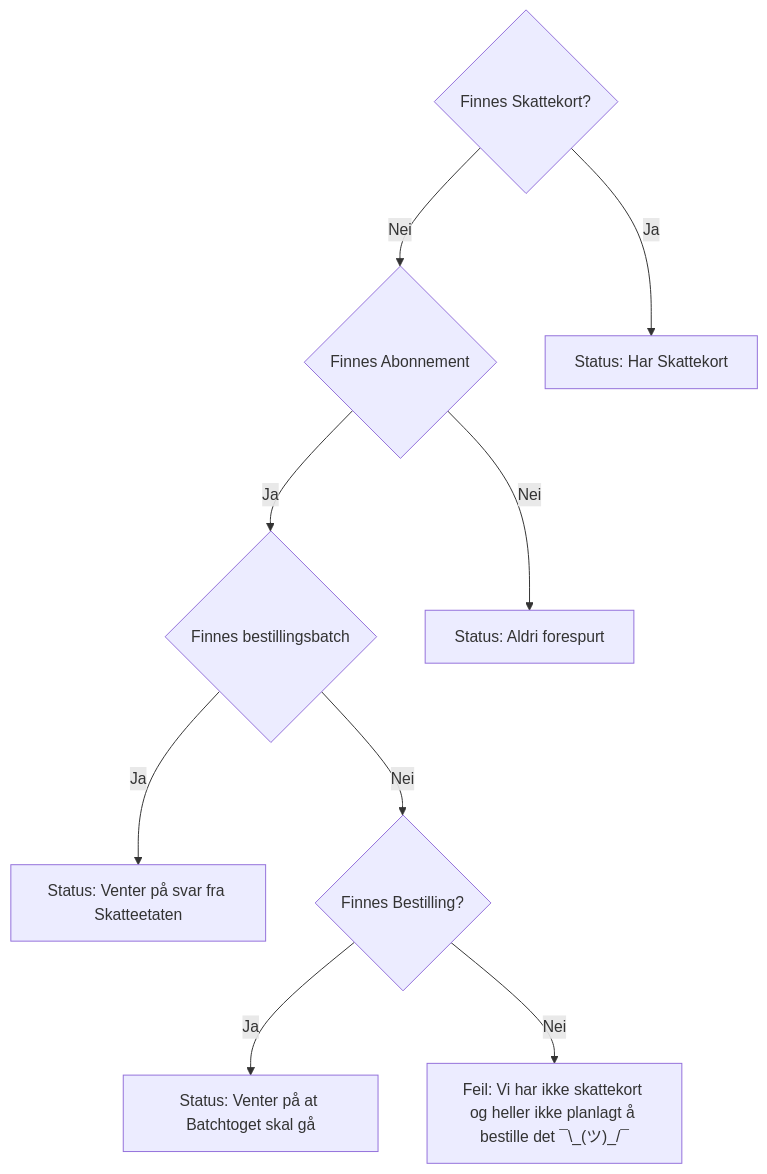
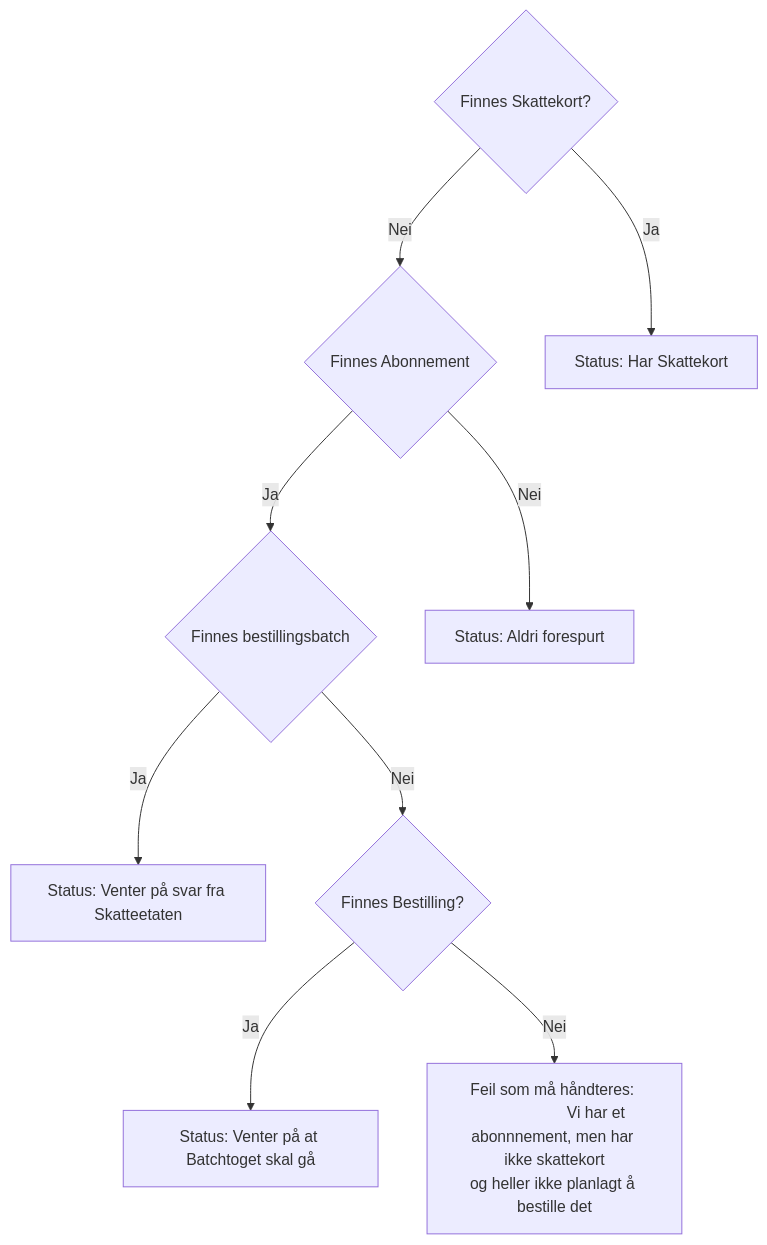
One commit to navikt/sokos-skattekort changed the tenth of 12 diagrams in README.md. Above: the diagram before and after it, drawn with Mermaid.

Commit message:
Bedre feilforklaring

````diff
--- a/README.md
+++ b/README.md
@@ -273,9 +273,11 @@
 ```mermaid
 flowchart TD
     S{Finnes Skattekort?} -->|Nei| A{Finnes Abonnement} -->|Ja| BB{Finnes bestillingsbatch} -->|Ja| S1[Status: Venter på svar fra Skatteetaten]
     S -->|Ja| S2[Status: Har Skattekort]
     A -->|Nei| S3[Status: Aldri forespurt]
     BB -->|Nei| B{Finnes Bestilling?} -->|Ja| S5[Status: Venter på at Batchtoget skal gå]
-    B -->|Nei| S4["Feil: Vi har ikke skattekort og heller ikke planlagt å bestille det ¯\_(ツ)_/¯"]
+    B -->|Nei| S4["Feil som må håndteres: 
+                    Vi har et abonnnement, men har ikke skattekort
+og heller ikke planlagt å bestille det"]
 
 ```
````
